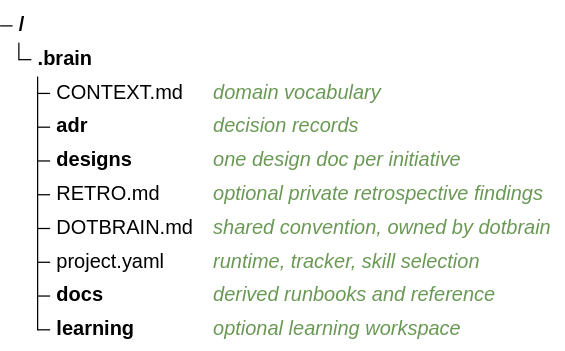
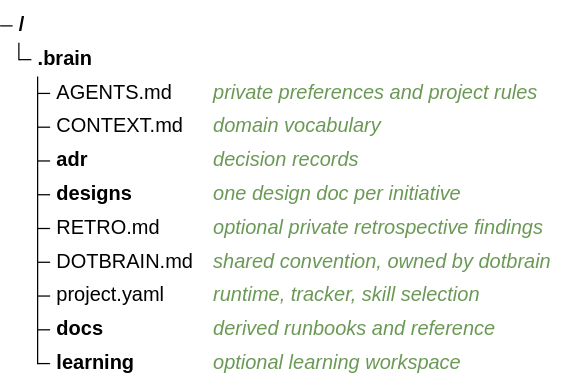
Before and after one commit to arminzou/dotbrain: the second of 3 diagrams in docs/architecture.md, drawn with Mermaid. The commit also changed other lines of this file and 14 other files, not shown here.

````diff
--- a/docs/architecture.md
+++ b/docs/architecture.md
@@ -64,13 +64,14 @@
 ```mermaid
 treeView-beta
   accTitle: The files and folders of a Brain
   .brain/
+    AGENTS.md ## private preferences and project rules
     CONTEXT.md ## domain vocabulary
     adr/ ## decision records
     designs/ ## one design doc per initiative
     RETRO.md ## optional private retrospective findings
     DOTBRAIN.md ## shared convention, owned by dotbrain
     project.yaml ## runtime, tracker, skill selection
     docs/ ## derived runbooks and reference
     learning/ ## optional learning workspace
 ```
````
